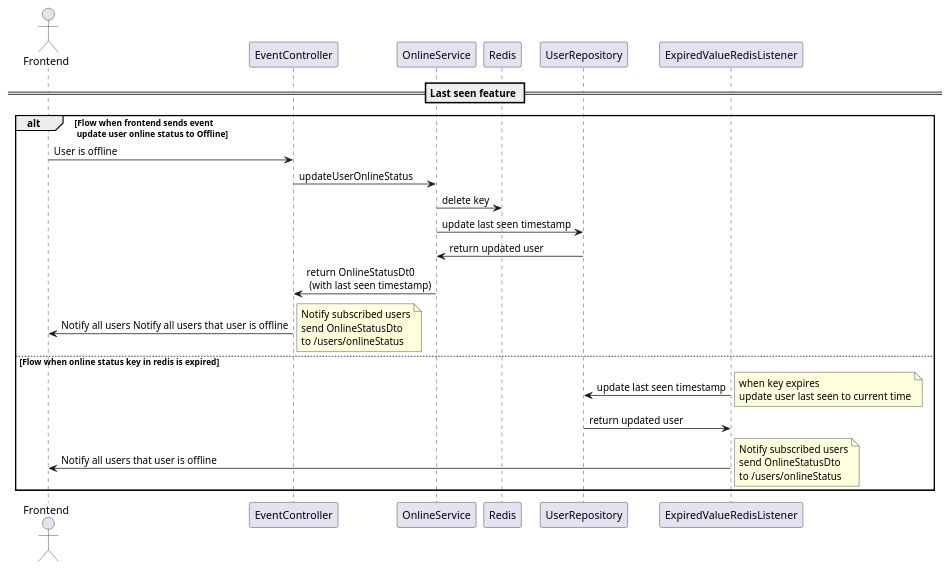
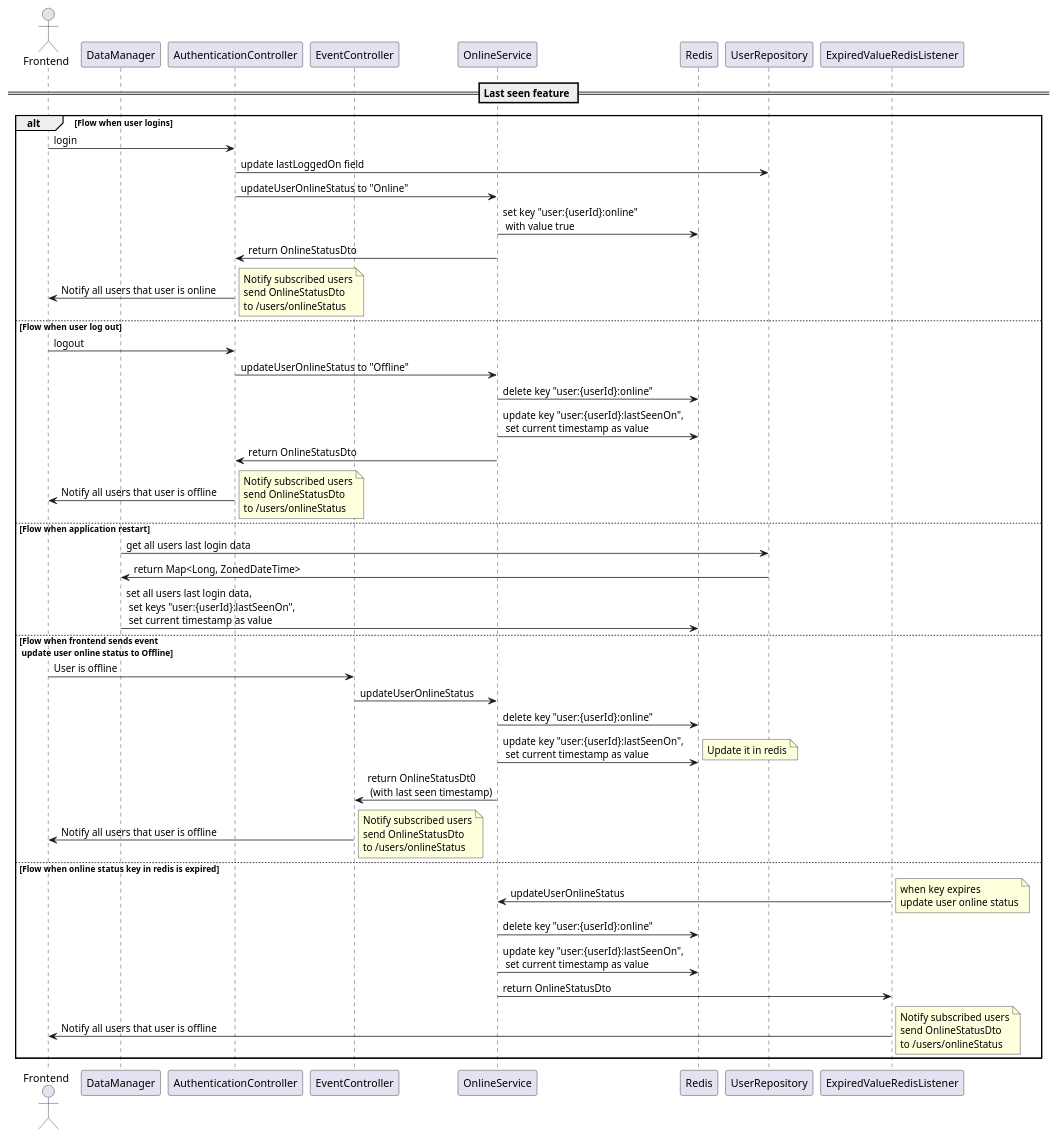
The diagram in docs/userLastSeenFeature/lastSeenFeature.puml (LiashenkoAndrey/talk-and-travel), drawn with PlantUML before and after one commit. The commit also changed 9 other files, not shown here.

```diff
--- a/docs/userLastSeenFeature/lastSeenFeature.puml
+++ b/docs/userLastSeenFeature/lastSeenFeature.puml
@@ -1,41 +1,81 @@
 @startuml
 actor Frontend
+participant DataManager
+participant AuthenticationController
 participant EventController
 participant OnlineService
 participant Redis
 participant UserRepository
 participant ExpiredValueRedisListener
 
 == Last seen feature ==
-alt Flow when frontend sends event \n update user online status to Offline
+
+alt Flow when user logins
+    Frontend -> AuthenticationController : login
+    AuthenticationController -> UserRepository : update lastLoggedOn field
+    AuthenticationController -> OnlineService : updateUserOnlineStatus to "Online"
+    OnlineService -> Redis : set key "user:{userId}:online" \n with value true
+    OnlineService -> AuthenticationController :  return OnlineStatusDto
+
+    AuthenticationController -> Frontend : Notify all users that user is online
+    note right
+           Notify subscribed users
+           send OnlineStatusDto
+           to /users/onlineStatus
+    end note
+
+else Flow when user log out
+    Frontend -> AuthenticationController : logout
+    AuthenticationController -> OnlineService : updateUserOnlineStatus to "Offline"
+    OnlineService -> Redis : delete key "user:{userId}:online"
+    OnlineService -> Redis : update key "user:{userId}:lastSeenOn", \n set current timestamp as value
+    OnlineService -> AuthenticationController :  return OnlineStatusDto
+
+    AuthenticationController -> Frontend : Notify all users that user is offline
+    note right
+           Notify subscribed users
+           send OnlineStatusDto
+           to /users/onlineStatus
+    end note
+
+else Flow when application restart
+    DataManager -> UserRepository : get all users last login data
+    UserRepository -> DataManager : return Map<Long, ZonedDateTime>
+    DataManager -> Redis : set all users last login data,\n set keys "user:{userId}:lastSeenOn", \n set current timestamp as value
+
+else Flow when frontend sends event \n update user online status to Offline
     Frontend -> EventController : User is offline
     EventController -> OnlineService : updateUserOnlineStatus
-    OnlineService -> Redis : delete key
-    OnlineService -> UserRepository : update last seen timestamp
-    UserRepository -> OnlineService : return updated user
+    OnlineService -> Redis : delete key "user:{userId}:online"
+    OnlineService -> Redis : update key "user:{userId}:lastSeenOn", \n set current timestamp as value
+    note right
+        Update it in redis
+    end note
 
     OnlineService -> EventController : return OnlineStatusDt0 \n (with last seen timestamp)
-    EventController -> Frontend :  Notify all users Notify all users that user is offline
+    EventController -> Frontend :  Notify all users that user is offline
       note right
            Notify subscribed users
            send OnlineStatusDto
            to /users/onlineStatus
       end note
 
 else Flow when online status key in redis is expired
-    ExpiredValueRedisListener -> UserRepository : update last seen timestamp
+    ExpiredValueRedisListener -> OnlineService : updateUserOnlineStatus
     note right
     when key expires
-    update user last seen to current time
+    update user online status
     end note
+    OnlineService -> Redis : delete key "user:{userId}:online"
+    OnlineService -> Redis : update key "user:{userId}:lastSeenOn", \n set current timestamp as value
 
-    UserRepository -> ExpiredValueRedisListener : return updated user
+    OnlineService -> ExpiredValueRedisListener : return OnlineStatusDto
     ExpiredValueRedisListener -> Frontend : Notify all users that user is offline
        note right
        Notify subscribed users
        send OnlineStatusDto
        to /users/onlineStatus
        end note
 end
 
 @enduml
```
